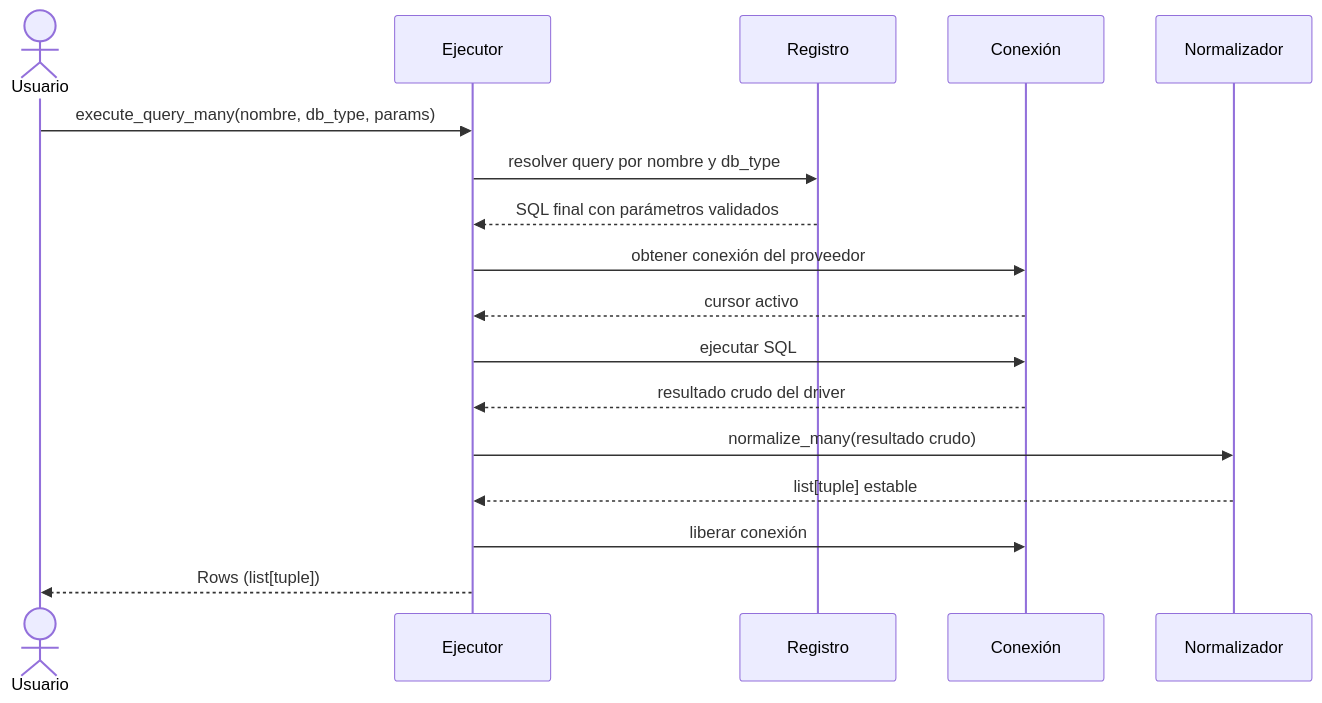
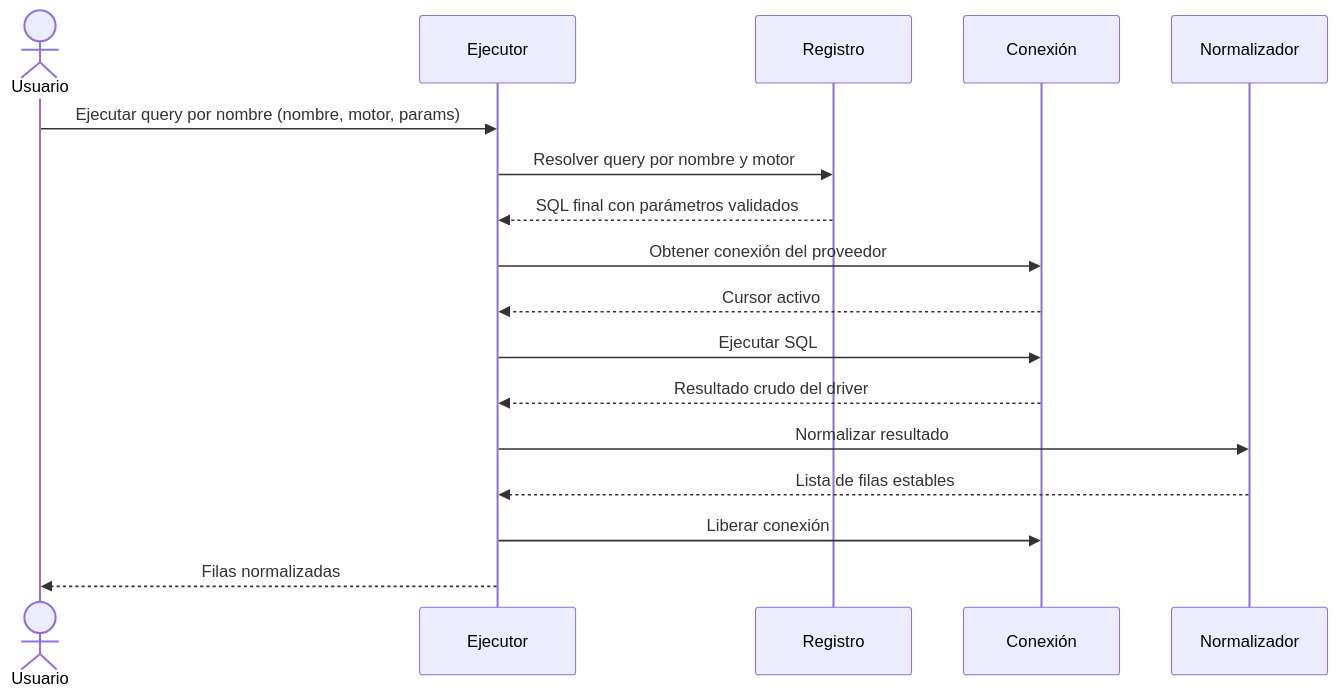
The diagram in docs/functional/query-execution.md (fmanza/util_bbdd), drawn with Mermaid before and after one commit. The commit also changed other lines of this file and 117 other files, not shown here.

````diff
--- a/docs/functional/query-execution.md
+++ b/docs/functional/query-execution.md
@@ -22,20 +30,20 @@
 ```mermaid
 sequenceDiagram
     actor Usuario
     participant Ejecutor
     participant Registro
     participant Conexión
     participant Normalizador
 
-    Usuario->>Ejecutor: execute_query_many(nombre, db_type, params)
-    Ejecutor->>Registro: resolver query por nombre y db_type
+    Usuario->>Ejecutor: Ejecutar query por nombre (nombre, motor, params)
+    Ejecutor->>Registro: Resolver query por nombre y motor
     Registro-->>Ejecutor: SQL final con parámetros validados
-    Ejecutor->>Conexión: obtener conexión del proveedor
-    Conexión-->>Ejecutor: cursor activo
-    Ejecutor->>Conexión: ejecutar SQL
-    Conexión-->>Ejecutor: resultado crudo del driver
-    Ejecutor->>Normalizador: normalize_many(resultado crudo)
-    Normalizador-->>Ejecutor: list[tuple] estable
-    Ejecutor->>Conexión: liberar conexión
-    Ejecutor-->>Usuario: Rows (list[tuple])
+    Ejecutor->>Conexión: Obtener conexión del proveedor
+    Conexión-->>Ejecutor: Cursor activo
+    Ejecutor->>Conexión: Ejecutar SQL
+    Conexión-->>Ejecutor: Resultado crudo del driver
+    Ejecutor->>Normalizador: Normalizar resultado
+    Normalizador-->>Ejecutor: Lista de filas estables
+    Ejecutor->>Conexión: Liberar conexión
+    Ejecutor-->>Usuario: Filas normalizadas
 ```
````
